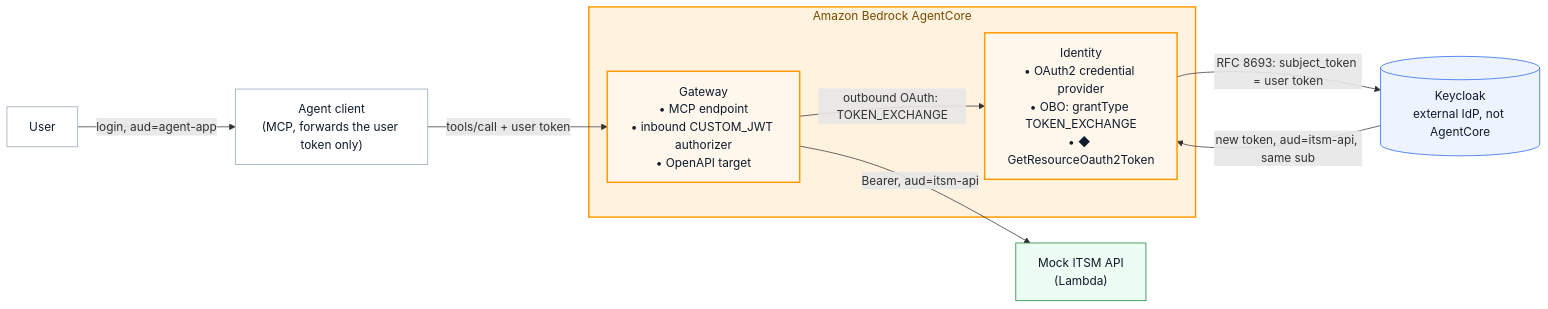
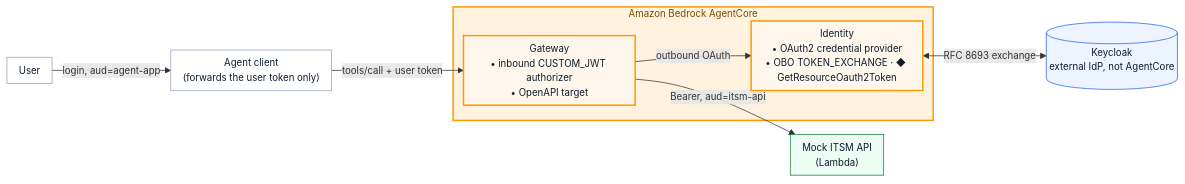
One commit to zanbei/agentcore-delegated-auth-poc changed the diagram in docs/diagrams/poc1-en.mmd. Above: the diagram before and after it, drawn with Mermaid. The commit also changed 5 other files, not shown here.

Commit message:
Make architecture diagrams compact

```diff
--- a/docs/diagrams/poc1-en.mmd
+++ b/docs/diagrams/poc1-en.mmd
@@ -1,20 +1,21 @@
+%%{init: {"flowchart": {"nodeSpacing": 18, "rankSpacing": 28, "padding": 8}, "themeVariables": {"fontSize": "13px"}}}%%
 flowchart LR
-    U[User] -->|"login, aud=agent-app"| C["Agent client<br/>(MCP, forwards the user token only)"]
+    U["User"] -->|"login, aud=agent-app"| C["Agent client<br/>(forwards the user token only)"]
     C -->|"tools/call + user token"| G
     subgraph AC["Amazon Bedrock AgentCore"]
-        G["Gateway<br/>• MCP endpoint<br/>• inbound CUSTOM_JWT authorizer<br/>• OpenAPI target"]
-        I["Identity<br/>• OAuth2 credential provider<br/>• OBO: grantType TOKEN_EXCHANGE<br/>• ◆ GetResourceOauth2Token"]
-        G -->|"outbound OAuth: TOKEN_EXCHANGE"| I
+        G["Gateway<br/>• inbound CUSTOM_JWT authorizer<br/>• OpenAPI target"]
+        I["Identity<br/>• OAuth2 credential provider<br/>• OBO TOKEN_EXCHANGE · ◆ GetResourceOauth2Token"]
+        G -->|"outbound OAuth"| I
     end
-    I -->|"RFC 8693: subject_token = user token"| K[("Keycloak<br/>external IdP, not AgentCore")]
-    K -->|"new token, aud=itsm-api, same sub"| I
+    I <-->|"RFC 8693 exchange"| K[("Keycloak<br/>external IdP, not AgentCore")]
     G -->|"Bearer, aud=itsm-api"| D["Mock ITSM API<br/>(Lambda)"]
     classDef agentcore fill:#fff7eb,stroke:#ff9900,stroke-width:2px,color:#0f1b2d
     classDef idp fill:#eef4ff,stroke:#2563eb,color:#0f1b2d
     classDef app fill:#ffffff,stroke:#94a3b8,color:#0f1b2d
     classDef down fill:#ecfdf3,stroke:#15803d,color:#0f1b2d
+    classDef risk fill:#fff1f0,stroke:#b42318,stroke-dasharray:5 4,color:#0f1b2d
+    style AC fill:#fff3e0,stroke:#ff9900,stroke-width:2px,color:#7a4a00
     class G,I agentcore
     class K idp
     class U,C app
     class D down
-    style AC fill:#fff3e0,stroke:#ff9900,stroke-width:2px,color:#7a4a00
```
